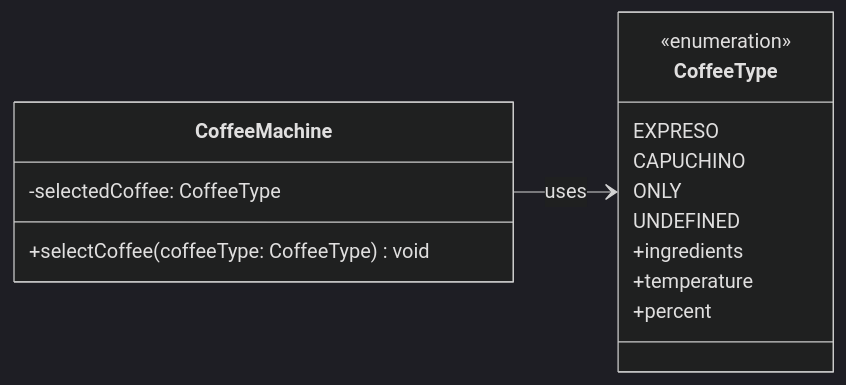
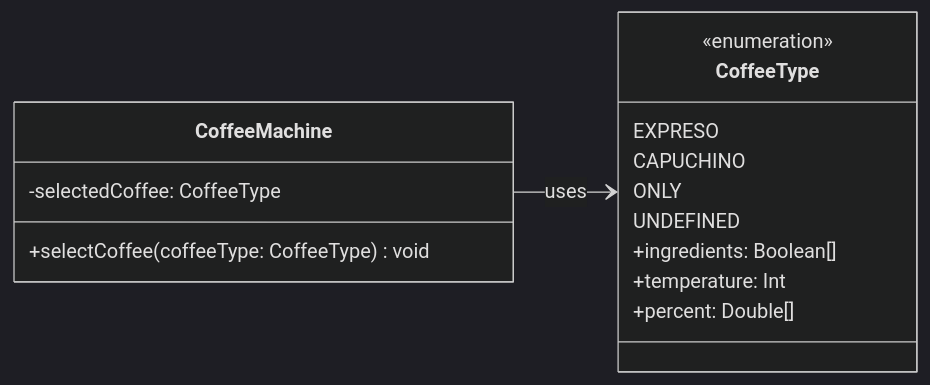
One commit to anxovaz/maquina-cafe changed the third of 3 diagrams in README.md. Above: the diagram before and after it, drawn with Mermaid (dark theme).

Commit message:
Add var tipes to coffetype

````diff
--- a/README.md
+++ b/README.md
@@ -91,22 +91,22 @@
 ```mermaid
 classDiagram
     direction LR
 
     class CoffeeMachine {
         -selectedCoffee: CoffeeType
         +selectCoffee(coffeeType: CoffeeType) void
     }
 
     class CoffeeType {
         <<enumeration>>
         EXPRESO
         CAPUCHINO
         ONLY
         UNDEFINED
-        +ingredients
-        +temperature
-        +percent
+        +ingredients: Boolean[]
+        +temperature: Int
+        +percent: Double[]
     }
 
     CoffeeMachine --> CoffeeType : uses
 ```
````
